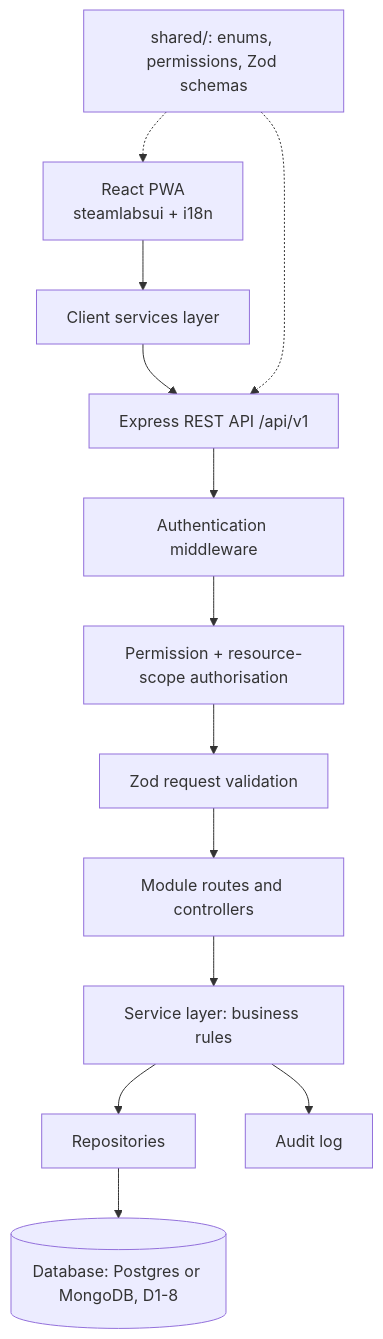
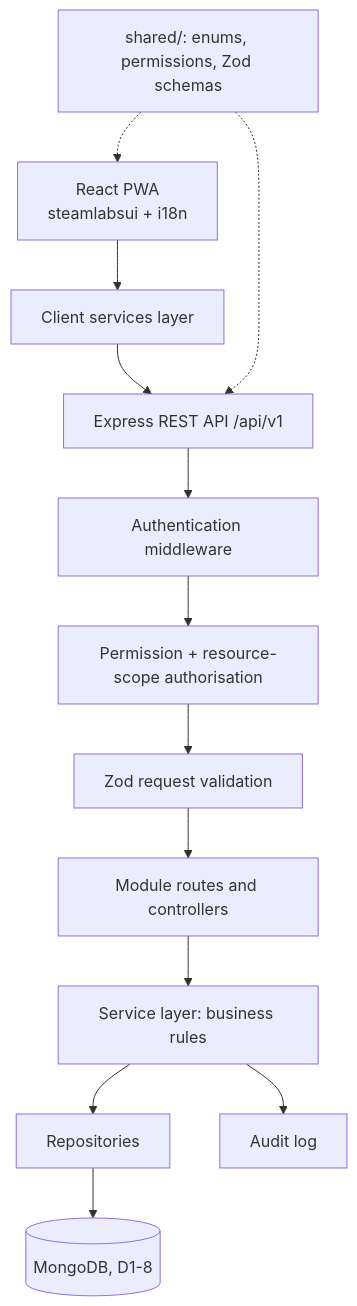
The first of 2 diagrams in docs/architecture.md (tonuiiii-tech/code-clubs-management-system), drawn with Mermaid before and after one commit. The commit also changed other lines of this file and 4 other files, not shown here.

````diff
--- a/docs/architecture.md
+++ b/docs/architecture.md
@@ -53,15 +53,15 @@
 ```mermaid
 flowchart TD
     UI[React PWA<br/>steamlabsui + i18n] --> SVC[Client services layer]
     SVC --> API[Express REST API /api/v1]
     API --> AUTH[Authentication middleware]
     AUTH --> RBAC[Permission + resource-scope authorisation]
     RBAC --> VALID[Zod request validation]
     VALID --> ROUTES[Module routes and controllers]
     ROUTES --> SERVICES[Service layer: business rules]
     SERVICES --> REPO[Repositories]
-    REPO --> DB[(Database: Postgres or MongoDB, D1-8)]
+    REPO --> DB[(MongoDB, D1-8)]
     SERVICES --> AUDIT[Audit log]
     SHARED[shared/: enums, permissions, Zod schemas] -.-> UI
     SHARED -.-> API
 ```
````
